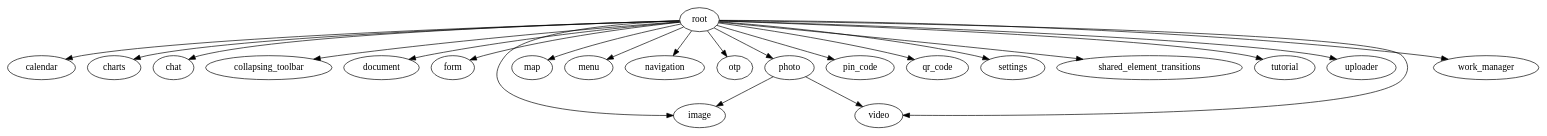
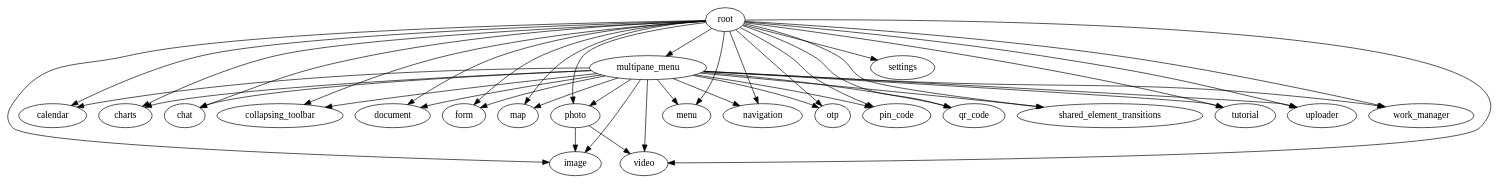
Before and after one commit to MobileUpLLC/MobileUp-Android-Samples: the diagram in features/module_graph/modules.dot, drawn with Graphviz. The commit also changed 25 other files, not shown here.

```diff
--- a/features/module_graph/modules.dot
+++ b/features/module_graph/modules.dot
@@ -1,45 +1,66 @@
 digraph {
 calendar
 charts
 chat
 collapsing_toolbar
 document
 form
 image
 map
 menu
+multipane_menu
 navigation
 otp
 photo
 pin_code
 qr_code
 root
 settings
 shared_element_transitions
 tutorial
 uploader
 video
 work_manager
+multipane_menu -> calendar
+multipane_menu -> charts
+multipane_menu -> chat
+multipane_menu -> collapsing_toolbar
+multipane_menu -> document
+multipane_menu -> form
+multipane_menu -> image
+multipane_menu -> map
+multipane_menu -> menu
+multipane_menu -> navigation
+multipane_menu -> otp
+multipane_menu -> photo
+multipane_menu -> pin_code
+multipane_menu -> qr_code
+multipane_menu -> shared_element_transitions
+multipane_menu -> tutorial
+multipane_menu -> uploader
+multipane_menu -> video
+multipane_menu -> work_manager
 photo -> image
 photo -> video
 root -> calendar
 root -> charts
 root -> chat
 root -> collapsing_toolbar
 root -> document
 root -> form
 root -> image
 root -> map
 root -> menu
+root -> multipane_menu
 root -> navigation
 root -> otp
 root -> photo
 root -> pin_code
 root -> qr_code
 root -> settings
 root -> shared_element_transitions
 root -> tutorial
 root -> uploader
 root -> video
 root -> work_manager
 }
```
